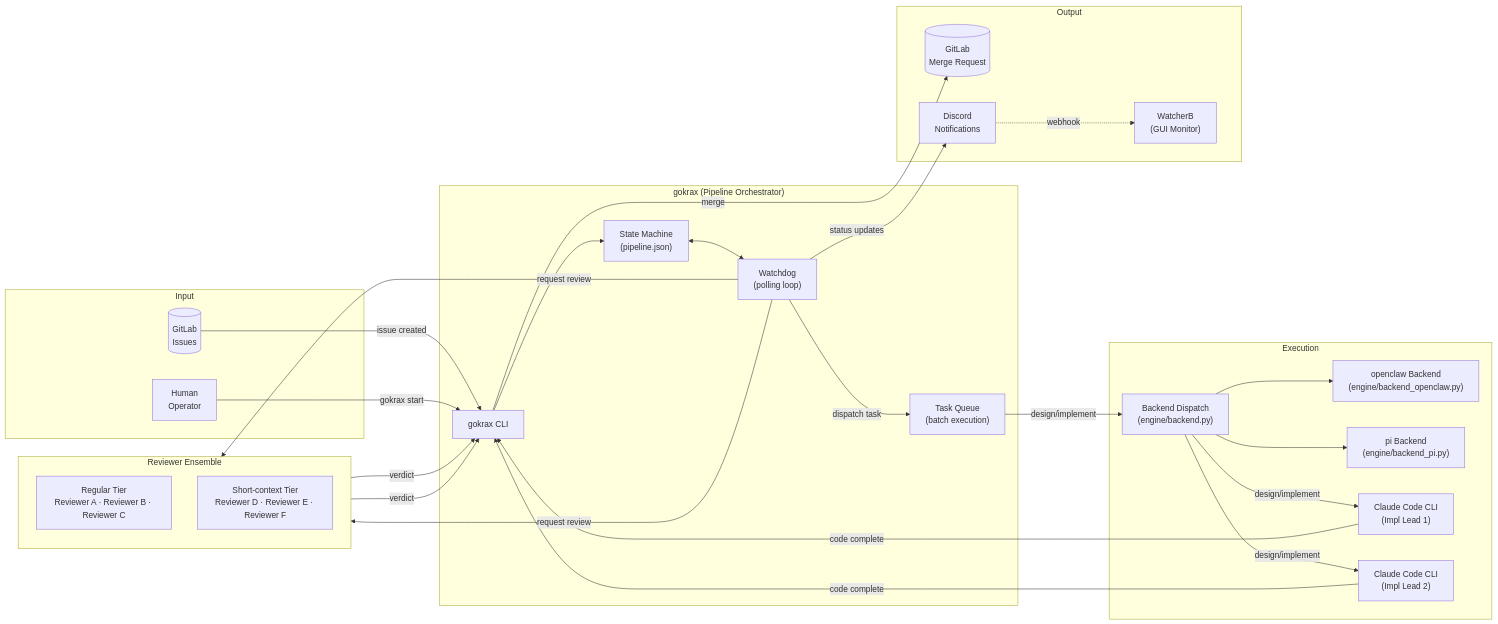
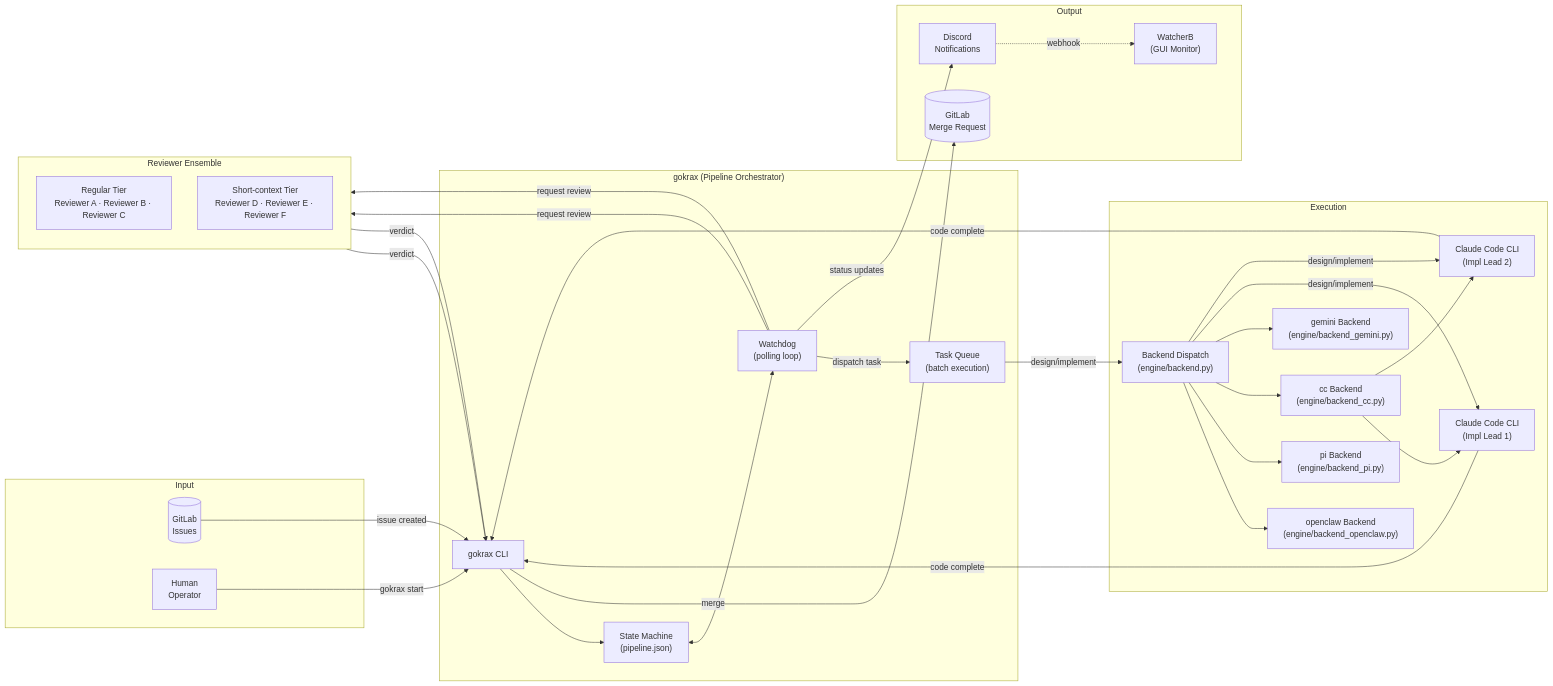
One commit to atakalive/gokrax changed the first of 6 diagrams in docs/architecture.md. Above: the diagram before and after it, drawn with Mermaid. The commit also changed 5 other files, not shown here.

First line of the commit message:
docs: add gemini backend to documentation. Closes #325

````diff
--- a/docs/architecture.md
+++ b/docs/architecture.md
@@ -7,54 +7,60 @@
 ```mermaid
 graph LR
     subgraph Input
         GL[("GitLab<br/>Issues")]
         Owner["Human<br/>Operator"]
     end
 
     subgraph gokrax["gokrax (Pipeline Orchestrator)"]
         CLI["gokrax CLI"]
         SM["State Machine<br/>(pipeline.json)"]
         WD["Watchdog<br/>(polling loop)"]
         TQ["Task Queue<br/>(batch execution)"]
     end
 
     subgraph Execution
         BD["Backend Dispatch<br/>(engine/backend.py)"]
         BE_OC["openclaw Backend<br/>(engine/backend_openclaw.py)"]
         BE_PI["pi Backend<br/>(engine/backend_pi.py)"]
+        BE_CC["cc Backend<br/>(engine/backend_cc.py)"]
+        BE_GM["gemini Backend<br/>(engine/backend_gemini.py)"]
         CC1["Claude Code CLI<br/>(Impl Lead 1)"]
         CC2["Claude Code CLI<br/>(Impl Lead 2)"]
         BD --> BE_OC
         BD --> BE_PI
+        BD --> BE_CC
+        BD --> BE_GM
+        BE_CC --> CC1
+        BE_CC --> CC2
     end
 
     subgraph Review["Reviewer Ensemble"]
         direction TB
         R_REG["Regular Tier<br/>Reviewer A · Reviewer B · Reviewer C"]
         R_SHORT["Short-context Tier<br/>Reviewer D · Reviewer E · Reviewer F"]
     end
 
     subgraph Output
         MR[("GitLab<br/>Merge Request")]
         DC["Discord<br/>Notifications"]
         WB["WatcherB<br/>(GUI Monitor)"]
     end
 
     GL -->|"issue created"| CLI
     Owner -->|"gokrax start"| CLI
     CLI --> SM
     SM <--> WD
     WD -->|"dispatch task"| TQ
     TQ -->|"design/implement"| BD
     BD -->|"design/implement"| CC1
     BD -->|"design/implement"| CC2
     WD -->|"request review"| R_REG
     WD -->|"request review"| R_SHORT
     R_REG -->|"verdict"| CLI
     R_SHORT -->|"verdict"| CLI
     CC1 -->|"code complete"| CLI
     CC2 -->|"code complete"| CLI
     CLI -->|"merge"| MR
     WD -->|"status updates"| DC
     DC -.->|"webhook"| WB
 ```
````
